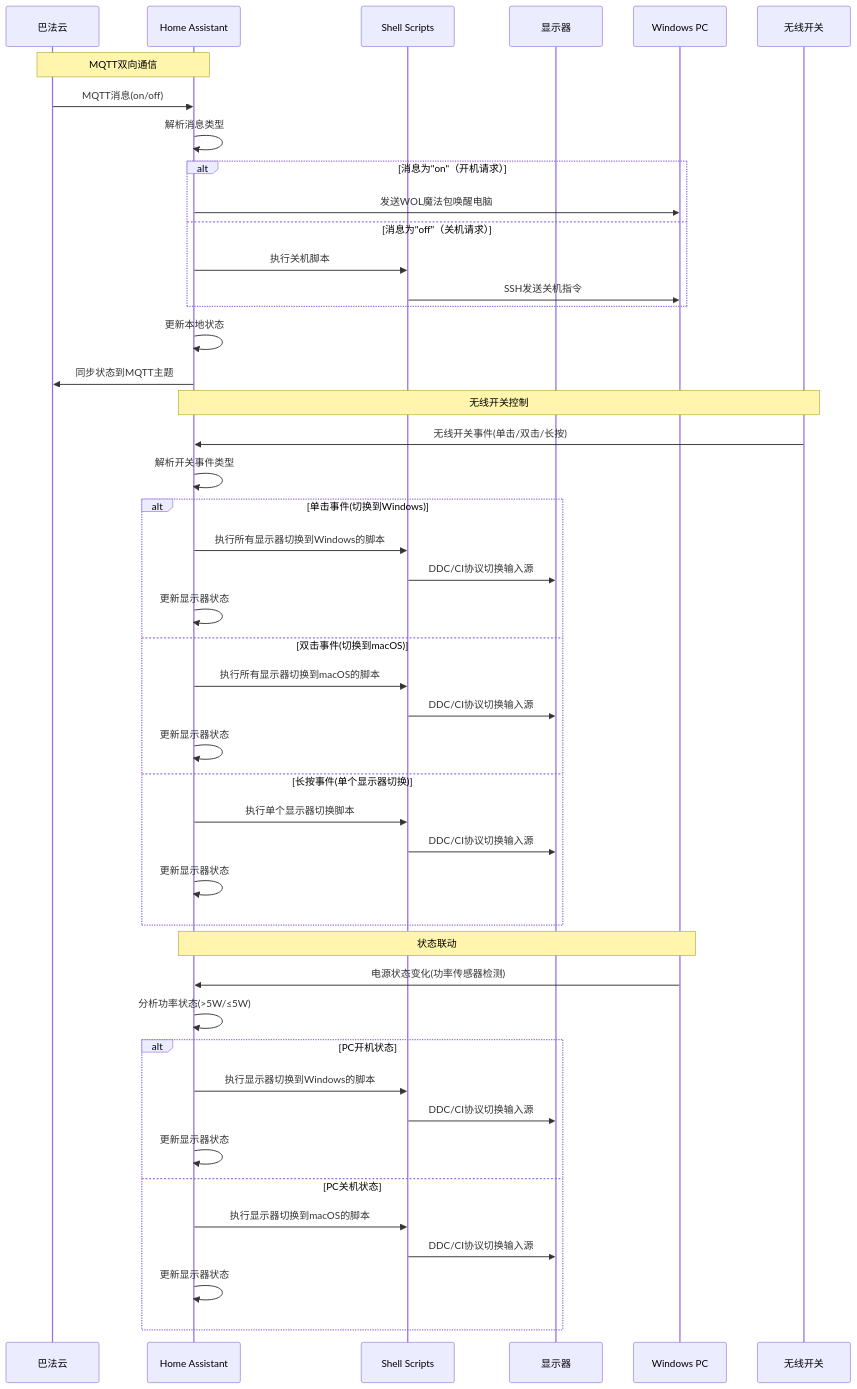
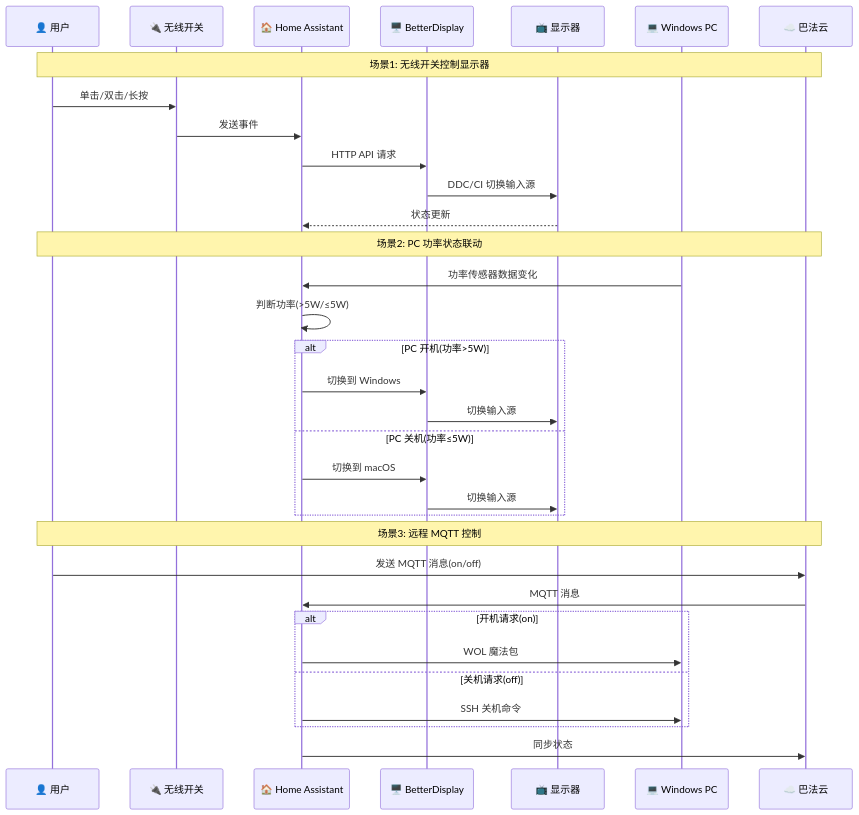
One commit to 1104092126/YMCC_HomeAssistant changed the second of 2 diagrams in readme.md. Above: the diagram before and after it, drawn with Mermaid. The commit also changed other lines of this file and 7 other files, not shown here.

````diff
--- a/readme.md
+++ b/readme.md
@@ -89,51 +188,38 @@
 ```mermaid
 sequenceDiagram
-    participant BEMFA as 巴法云
-    participant HA as Home Assistant
-    participant Scripts as Shell Scripts
-    participant Monitor as 显示器
-    participant PC as Windows PC
-    participant Switch as 无线开关
+    participant User as 👤 用户
+    participant Switch as 🔌 无线开关
+    participant HA as 🏠 Home Assistant
+    participant BD as 🖥️ BetterDisplay
+    participant Monitor as 📺 显示器
+    participant PC as 💻 Windows PC
+    participant BEMFA as ☁️ 巴法云
 
-    Note over BEMFA, HA: MQTT双向通信
-    BEMFA->>HA: MQTT消息(on/off)
-    HA->>HA: 解析消息类型
-    alt 消息为"on"（开机请求）
-        HA->>PC: 发送WOL魔法包唤醒电脑
-    else 消息为"off"（关机请求）
-        HA->>Scripts: 执行关机脚本
-        Scripts->>PC: SSH发送关机指令
-    end
-    HA->>HA: 更新本地状态
-    HA->>BEMFA: 同步状态到MQTT主题
+    Note over User,BEMFA: 场景1: 无线开关控制显示器
+    User->>Switch: 单击/双击/长按
+    Switch->>HA: 发送事件
+    HA->>BD: HTTP API 请求
+    BD->>Monitor: DDC/CI 切换输入源
+    Monitor-->>HA: 状态更新
 
-    Note over Switch, HA: 无线开关控制
-    Switch->>HA: 无线开关事件(单击/双击/长按)
-    HA->>HA: 解析开关事件类型
-    alt 单击事件(切换到Windows)
-        HA->>Scripts: 执行所有显示器切换到Windows的脚本
-        Scripts->>Monitor: DDC/CI协议切换输入源
-        HA->>HA: 更新显示器状态
-    else 双击事件(切换到macOS)
-        HA->>Scripts: 执行所有显示器切换到macOS的脚本
-        Scripts->>Monitor: DDC/CI协议切换输入源
-        HA->>HA: 更新显示器状态
-    else 长按事件(单个显示器切换)
-        HA->>Scripts: 执行单个显示器切换脚本
-        Scripts->>Monitor: DDC/CI协议切换输入源
-        HA->>HA: 更新显示器状态
+    Note over User,BEMFA: 场景2: PC 功率状态联动
+    PC->>HA: 功率传感器数据变化
+    HA->>HA: 判断功率(>5W/≤5W)
+    alt PC 开机(功率>5W)
+        HA->>BD: 切换到 Windows
+        BD->>Monitor: 切换输入源
+    else PC 关机(功率≤5W)
+        HA->>BD: 切换到 macOS
+        BD->>Monitor: 切换输入源
     end
 
-    Note over PC, HA: 状态联动
-    PC->>HA: 电源状态变化(功率传感器检测)
-    HA->>HA: 分析功率状态(>5W/≤5W)
-    alt PC开机状态
-        HA->>Scripts: 执行显示器切换到Windows的脚本
-        Scripts->>Monitor: DDC/CI协议切换输入源
-        HA->>HA: 更新显示器状态
-    else PC关机状态
-        HA->>Scripts: 执行显示器切换到macOS的脚本
-        Scripts->>Monitor: DDC/CI协议切换输入源
-        HA->>HA: 更新显示器状态
+    Note over User,BEMFA: 场景3: 远程 MQTT 控制
+    User->>BEMFA: 发送 MQTT 消息(on/off)
+    BEMFA->>HA: MQTT 消息
+    alt 开机请求(on)
+        HA->>PC: WOL 魔法包
+    else 关机请求(off)
+        HA->>PC: SSH 关机命令
     end
+    HA->>BEMFA: 同步状态
 ```
````
